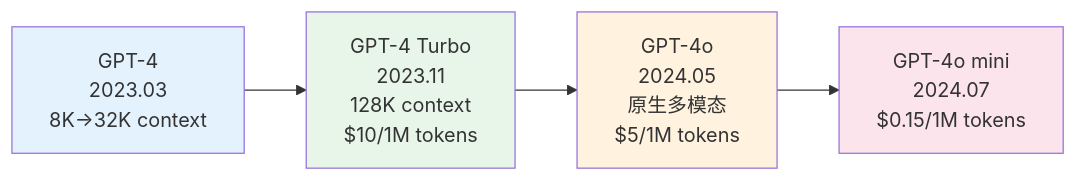
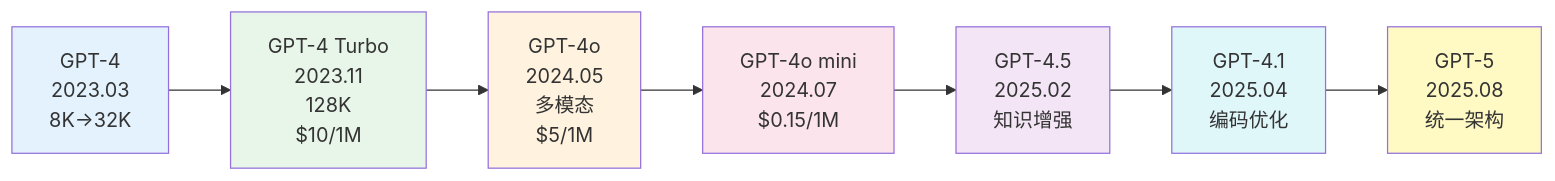
The first of 2 diagrams in reports/case-studies/openai-ecosystem.md (wqwz111/Tech-Researcher), drawn with Mermaid before and after one commit. The commit also changed other lines of this file and 27 other files, not shown here.

````diff
--- a/reports/case-studies/openai-ecosystem.md
+++ b/reports/case-studies/openai-ecosystem.md
@@ -29,10 +30,16 @@
 ```mermaid
 flowchart LR
-    A["GPT-4<br/>2023.03<br/>8K→32K context"] --> B["GPT-4 Turbo<br/>2023.11<br/>128K context<br/>$10/1M tokens"]
-    B --> C["GPT-4o<br/>2024.05<br/>原生多模态<br/>$5/1M tokens"]
-    C --> D["GPT-4o mini<br/>2024.07<br/>$0.15/1M tokens"]
+    A["GPT-4<br/>2023.03<br/>8K→32K"] --> B["GPT-4 Turbo<br/>2023.11<br/>128K<br/>$10/1M"]
+    B --> C["GPT-4o<br/>2024.05<br/>多模态<br/>$5/1M"]
+    C --> D["GPT-4o mini<br/>2024.07<br/>$0.15/1M"]
+    D --> E["GPT-4.5<br/>2025.02<br/>知识增强"]
+    E --> F["GPT-4.1<br/>2025.04<br/>编码优化"]
+    F --> G["GPT-5<br/>2025.08<br/>统一架构"]
     style A fill:#e3f2fd
     style B fill:#e8f5e9
     style C fill:#fff3e0
     style D fill:#fce4ec
+    style E fill:#f3e5f5
+    style F fill:#e0f7fa
+    style G fill:#fff9c4
 ```
````
